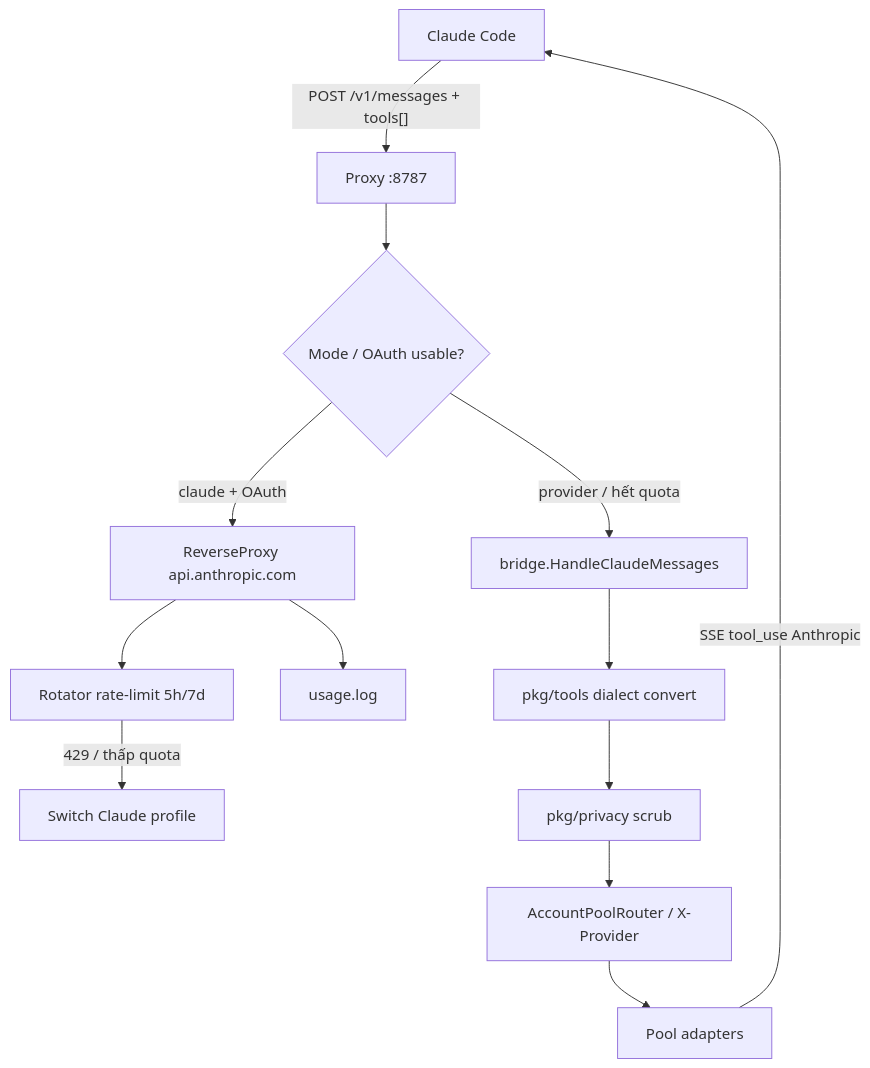
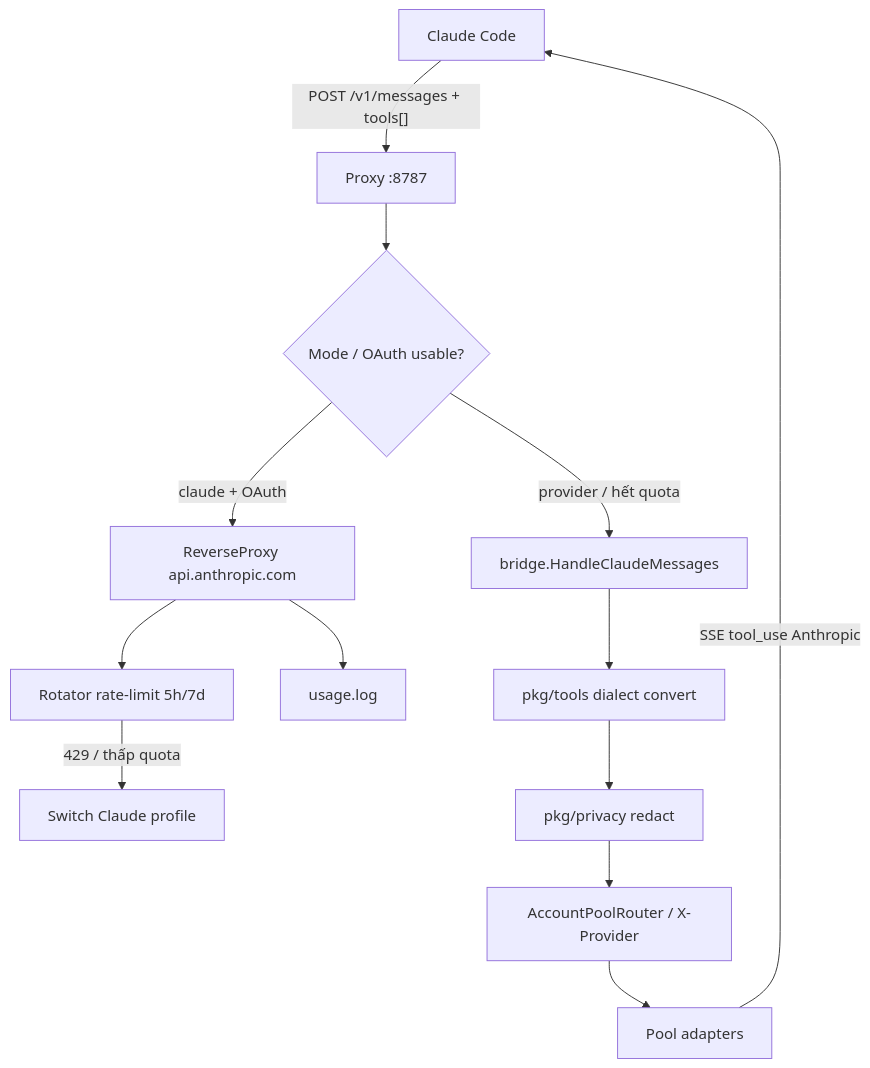
The second of 2 diagrams in STRUCT.md (ninhlee99/ai-cli-accounts), drawn with Mermaid before and after one commit. The commit also changed other lines of this file and 58 other files, not shown here.

First line of the commit message:
feat(gateway): tool mid-layer webloop, hardened rate limiter, zero-alloc token estimator and privacy redact

````diff
--- a/STRUCT.md
+++ b/STRUCT.md
@@ -173,17 +173,17 @@
 ```mermaid
 flowchart TD
     Claude["Claude Code"] -->|"POST /v1/messages + tools[]"| Proxy["Proxy :8787"]
     Proxy --> ModeCheck{"Mode / OAuth usable?"}
 
     ModeCheck -->|"claude + OAuth"| Upstream["ReverseProxy api.anthropic.com"]
     Upstream --> Rotator["Rotator rate-limit 5h/7d"]
     Rotator -->|"429 / thấp quota"| AutoSwitch["Switch Claude profile"]
     Upstream --> Usage["usage.log"]
 
     ModeCheck -->|"provider / hết quota"| Bridge["bridge.HandleClaudeMessages"]
     Bridge --> Tools["pkg/tools dialect convert"]
-    Tools --> Privacy["pkg/privacy scrub"]
+    Tools --> Privacy["pkg/privacy redact"]
     Privacy --> Router["AccountPoolRouter / X-Provider"]
     Router --> Providers["Pool adapters"]
     Providers -->|"SSE tool_use Anthropic"| Claude
 ```
````
